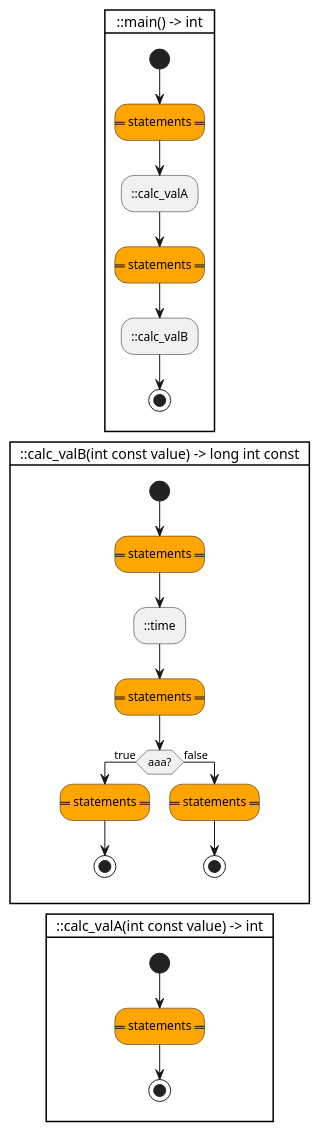
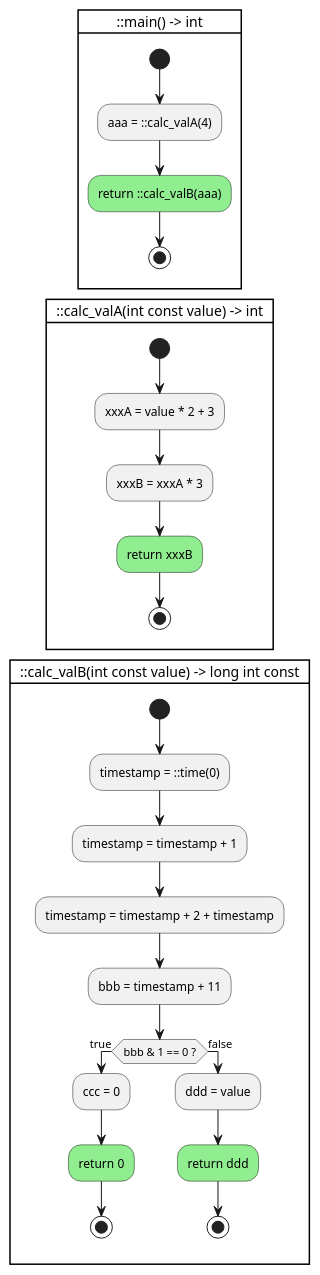
One commit to anetczuk/gcc-uml changed the diagram in examples/ctrlflowgraph/ctrl_main.cpp.puml. Above: the diagram before and after it, drawn with PlantUML. The commit also changed 5 other files, not shown here.

Commit message:
Update control flow calculation

```diff
--- a/examples/ctrlflowgraph/ctrl_main.cpp.puml
+++ b/examples/ctrlflowgraph/ctrl_main.cpp.puml
@@ -1,33 +1,36 @@
 @startuml
 
 card "::main() -> int" {
     start
-    #orange:== statements ==;
-    :::calc_valA;
-    #orange:== statements ==;
-    :::calc_valB;
+    :aaa = ::calc_valA(4);
+    #lightgreen:return ::calc_valB(aaa);
+    stop
+}
+
+card "::calc_valA(int const value) -> int" {
+    start
+    :xxxA = value * 2 + 3;
+    :xxxB = xxxA * 3;
+    #lightgreen:return xxxB;
     stop
 }
 
 card "::calc_valB(int const value) -> long int const" {
     start
-    #orange:== statements ==;
-    :::time;
-    #orange:== statements ==;
-    if (aaa?) then (true)
-        #orange:== statements ==;
+    :timestamp = ::time(0);
+    :timestamp = timestamp + 1;
+    :timestamp = timestamp + 2 + timestamp;
+    :bbb = timestamp + 11;
+    if (bbb & 1 == 0 ?) then (true)
+        :ccc = 0;
+        #lightgreen:return 0;
         stop
     else (false)
-        #orange:== statements ==;
+        :ddd = value;
+        #lightgreen:return ddd;
         stop
     endif
 }
 
-card "::calc_valA(int const value) -> int" {
-    start
-    #orange:== statements ==;
-    stop
-}
-
 
 @enduml
```
